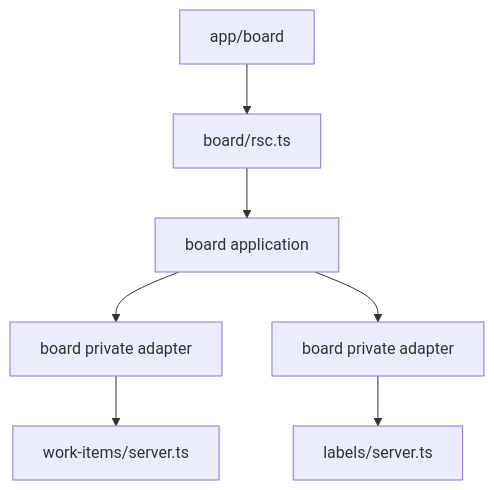
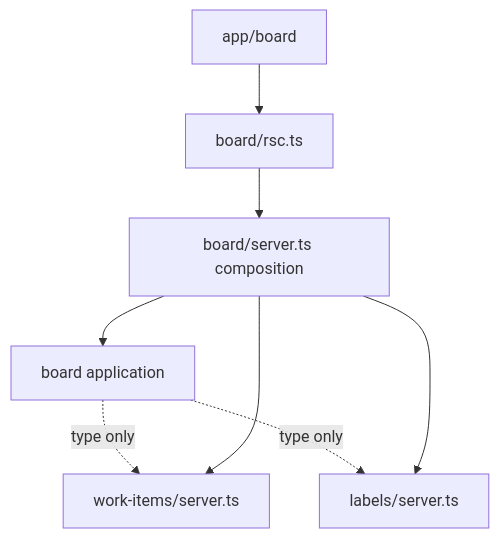
One commit to clicktronix/nextjs-clean-skills changed the fourth of 4 diagrams in docs/architecture-contract.md. Above: the diagram before and after it, drawn with Mermaid. The commit also changed other lines of this file and 31 other files, not shown here.

````diff
--- a/docs/architecture-contract.md
+++ b/docs/architecture-contract.md
@@ -376,19 +377,19 @@
 ```mermaid
 flowchart TB
   accTitle: Cross-capability orchestration
-  accDescr: A board capability owns board policy and adapts narrow public server surfaces from work-items and labels without coupling those source capabilities.
+  accDescr: A board capability owns board policy, names what it needs from work-items and labels as types taken from their public server surfaces, and receives the concrete servers from its own composition.
   Route["app/board"]
   BoardSurface["board/rsc.ts"]
+  BoardComposition["board/server.ts composition"]
   BoardOperation["board application"]
-  WorkAdapter["board private adapter"]
-  LabelAdapter["board private adapter"]
   WorkPublic["work-items/server.ts"]
   LabelPublic["labels/server.ts"]
 
   Route --> BoardSurface
-  BoardSurface --> BoardOperation
-  BoardOperation --> WorkAdapter
-  BoardOperation --> LabelAdapter
-  WorkAdapter --> WorkPublic
-  LabelAdapter --> LabelPublic
+  BoardSurface --> BoardComposition
+  BoardComposition --> BoardOperation
+  BoardOperation -.->|"type only"| WorkPublic
+  BoardOperation -.->|"type only"| LabelPublic
+  BoardComposition --> WorkPublic
+  BoardComposition --> LabelPublic
 ```
````
